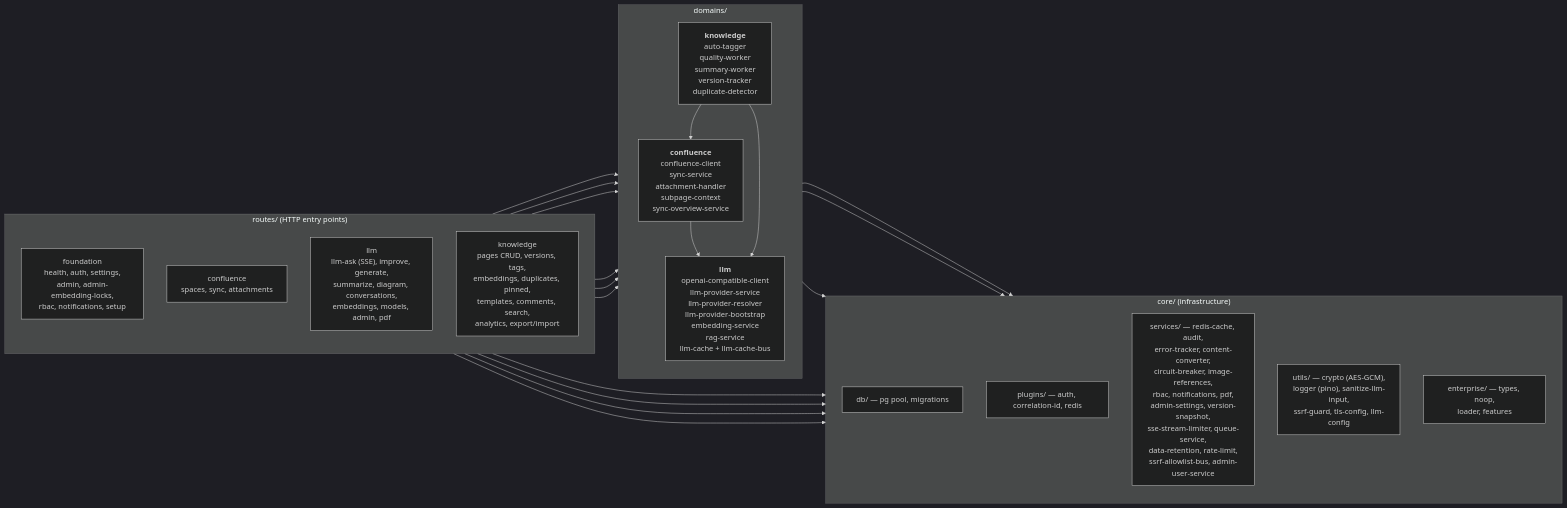
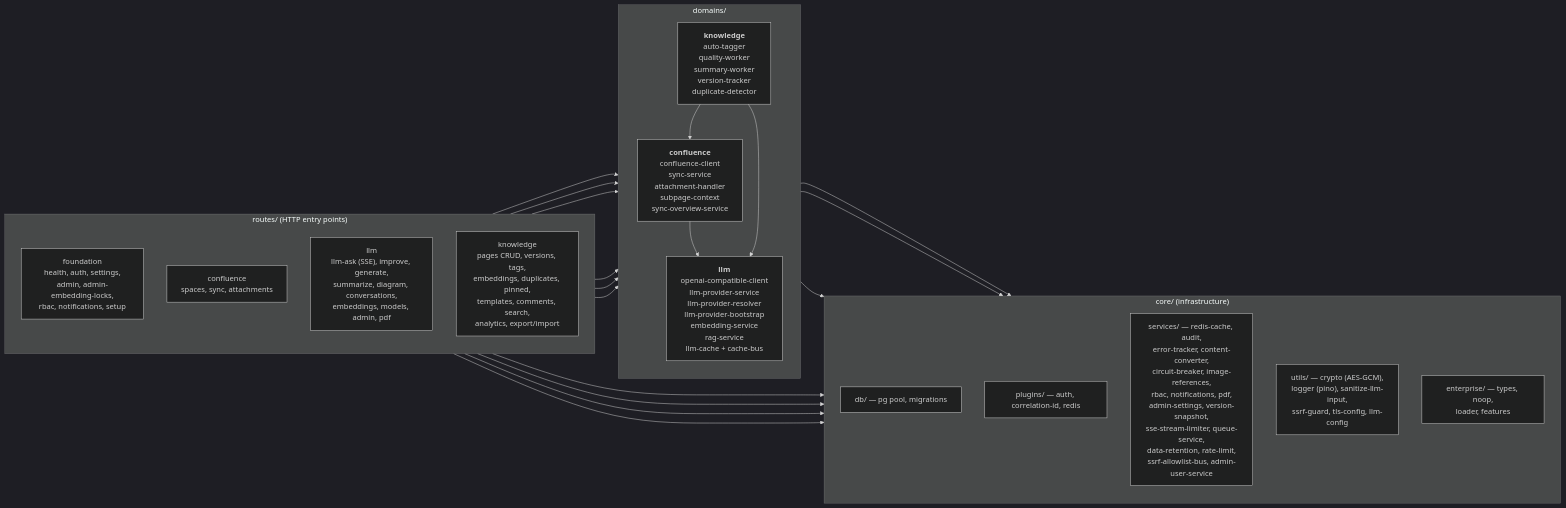
The first of 2 diagrams in docs/architecture/03-backend-domains.md (Compendiq/compendiq-ce), drawn with Mermaid (dark theme) before and after one commit. The commit also changed 14 other files, not shown here.

````diff
--- a/docs/architecture/03-backend-domains.md
+++ b/docs/architecture/03-backend-domains.md
@@ -9,44 +9,44 @@
 ```mermaid
 flowchart LR
     subgraph routes["routes/ (HTTP entry points)"]
         direction TB
         rF["foundation<br/>health, auth, settings,<br/>admin, admin-embedding-locks,<br/>rbac, notifications, setup"]
         rC["confluence<br/>spaces, sync, attachments"]
         rL["llm<br/>llm-ask (SSE), improve, generate,<br/>summarize, diagram, conversations,<br/>embeddings, models, admin, pdf"]
         rK["knowledge<br/>pages CRUD, versions, tags,<br/>embeddings, duplicates, pinned,<br/>templates, comments, search,<br/>analytics, export/import"]
     end
 
     subgraph domains["domains/"]
         direction TB
         dC["<b>confluence</b><br/>confluence-client<br/>sync-service<br/>attachment-handler<br/>subpage-context<br/>sync-overview-service"]
-        dL["<b>llm</b><br/>openai-compatible-client<br/>llm-provider-service<br/>llm-provider-resolver<br/>llm-provider-bootstrap<br/>embedding-service<br/>rag-service<br/>llm-cache + llm-cache-bus"]
+        dL["<b>llm</b><br/>openai-compatible-client<br/>llm-provider-service<br/>llm-provider-resolver<br/>llm-provider-bootstrap<br/>embedding-service<br/>rag-service<br/>llm-cache + cache-bus"]
         dK["<b>knowledge</b><br/>auto-tagger<br/>quality-worker<br/>summary-worker<br/>version-tracker<br/>duplicate-detector"]
     end
 
     subgraph core["core/ (infrastructure)"]
         direction TB
         cDB["db/ — pg pool, migrations"]
         cPlug["plugins/ — auth, correlation-id, redis"]
         cSvc["services/ — redis-cache, audit,<br/>error-tracker, content-converter,<br/>circuit-breaker, image-references,<br/>rbac, notifications, pdf,<br/>admin-settings, version-snapshot,<br/>sse-stream-limiter, queue-service,<br/>data-retention, rate-limit,<br/>ssrf-allowlist-bus, admin-user-service"]
         cUtil["utils/ — crypto (AES-GCM),<br/>logger (pino), sanitize-llm-input,<br/>ssrf-guard, tls-config, llm-config"]
         cEnt["enterprise/ — types, noop,<br/>loader, features"]
     end
 
     rF --> core
     rC --> core
     rC --> dC
     rL --> core
     rL --> dL
     rL --> dC
     rK --> core
     rK --> dK
     rK --> dL
     rK --> dC
 
     dC --> core
     dC --> dL
     dL --> core
     dK --> core
     dK --> dL
     dK --> dC
 ```
````
